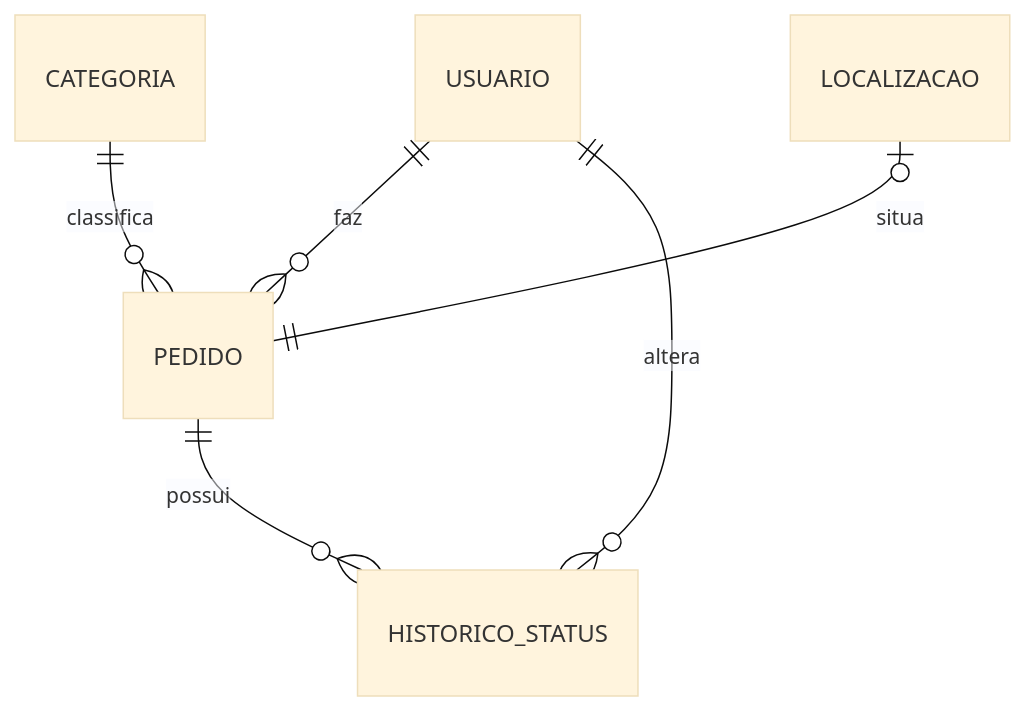
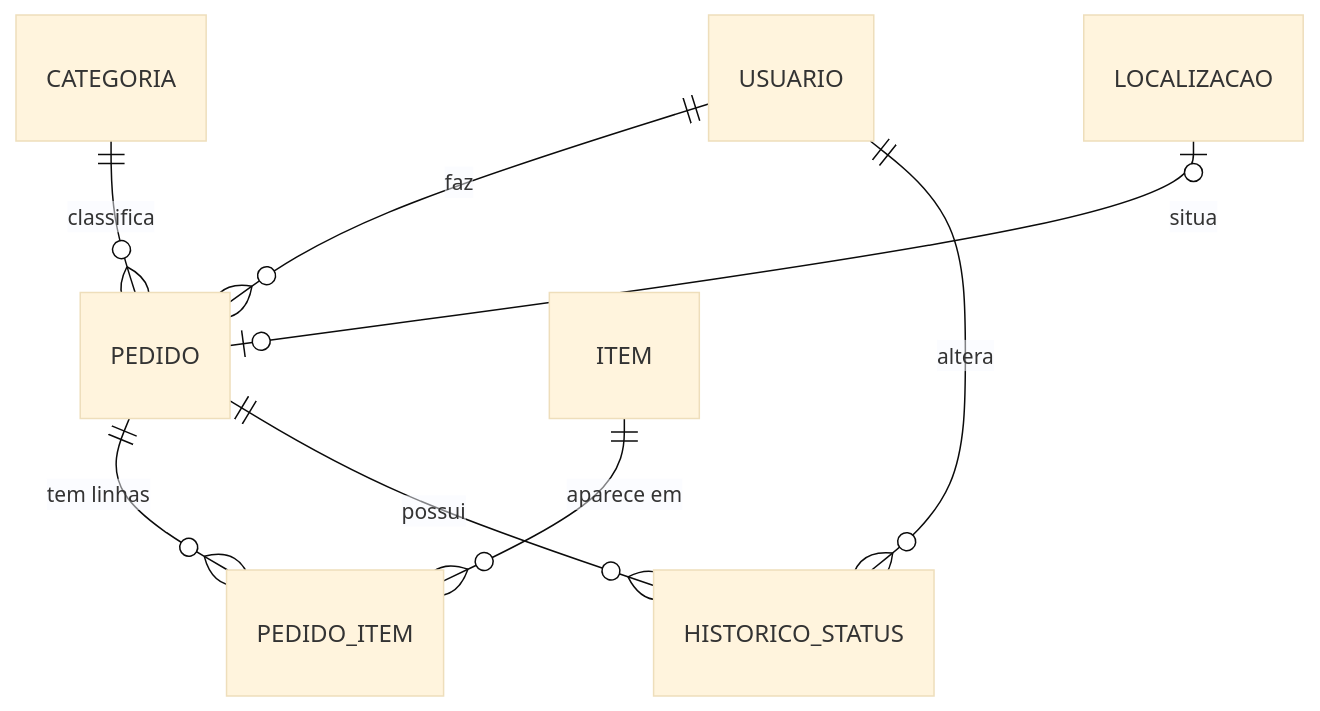
One commit to larissa-sc/mutirao changed the diagram in docs/dominio.md. Above: the diagram before and after it, drawn with Mermaid (base theme). The commit also changed other lines of this file and 4 other files, not shown here.

````diff
--- a/docs/dominio.md
+++ b/docs/dominio.md
@@ -13,8 +13,10 @@
 ```mermaid
 erDiagram
     USUARIO ||--o{ PEDIDO : faz
     CATEGORIA ||--o{ PEDIDO : classifica
-    LOCALIZACAO |o--|| PEDIDO : situa
+    LOCALIZACAO |o--o| PEDIDO : situa
+    PEDIDO ||--o{ PEDIDO_ITEM : "tem linhas"
+    ITEM ||--o{ PEDIDO_ITEM : "aparece em"
     PEDIDO ||--o{ HISTORICO_STATUS : possui
     USUARIO ||--o{ HISTORICO_STATUS : altera
 ```
````
